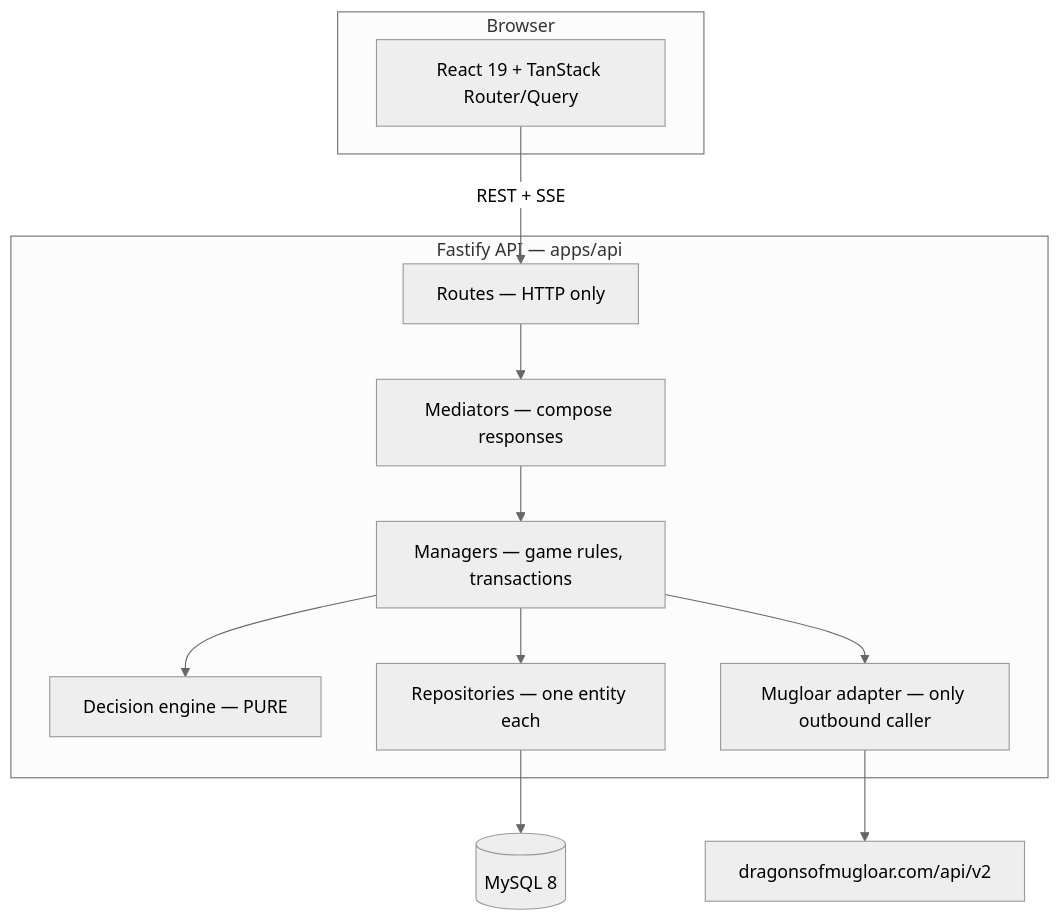
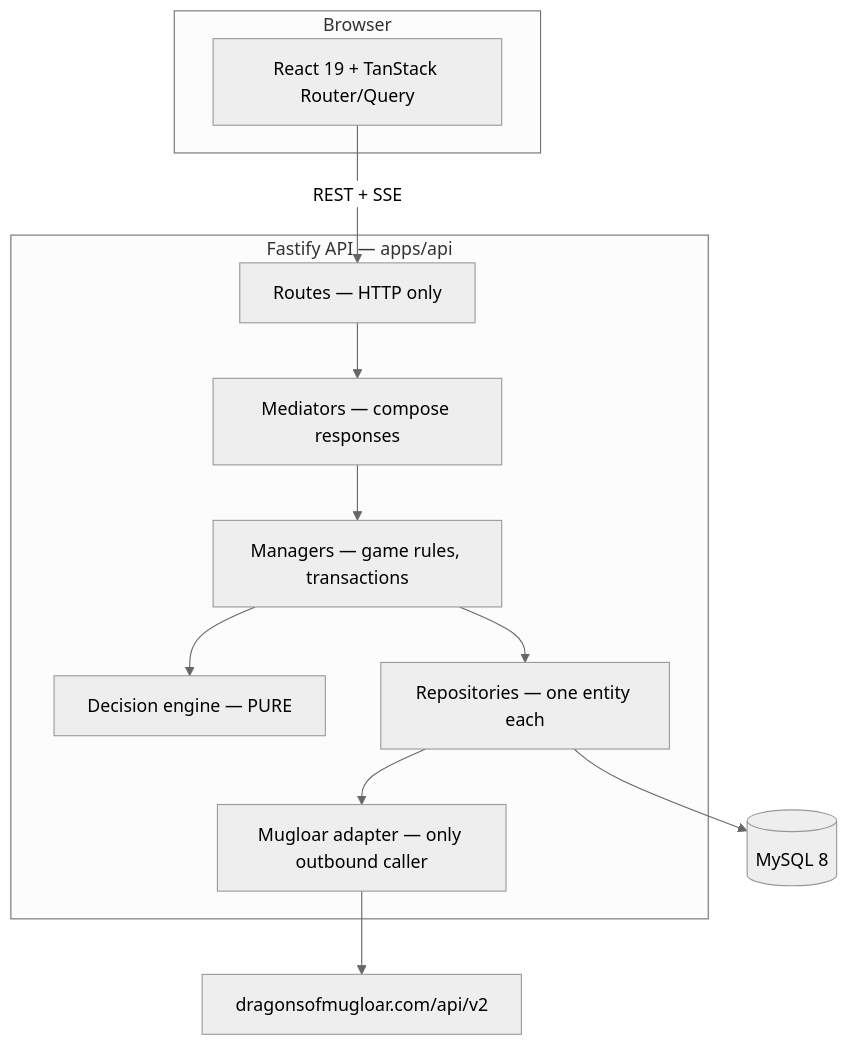
One commit to eazygood/dragons_game changed the diagram in docs/agent_docs/architecture.md. Above: the diagram before and after it, drawn with Mermaid (neutral theme). The commit also changed other lines of this file and 49 other files, not shown here.

````diff
--- a/docs/agent_docs/architecture.md
+++ b/docs/agent_docs/architecture.md
@@ -8,24 +8,24 @@
 ```mermaid
 flowchart TB
     subgraph browser["Browser"]
         UI["React 19 + TanStack Router/Query"]
     end
 
     subgraph api["Fastify API — apps/api"]
         R["Routes — HTTP only"]
         MED["Mediators — compose responses"]
         MAN["Managers — game rules, transactions"]
         ENG["Decision engine — PURE"]
         REPO["Repositories — one entity each"]
         ADP["Mugloar adapter — only outbound caller"]
     end
 
     DB[("MySQL 8")]
     EXT["dragonsofmugloar.com/api/v2"]
 
     UI -->|"REST + SSE"| R
     R --> MED --> MAN
     MAN --> ENG
     MAN --> REPO --> DB
-    MAN --> ADP --> EXT
+    REPO --> ADP --> EXT
 ```
````
